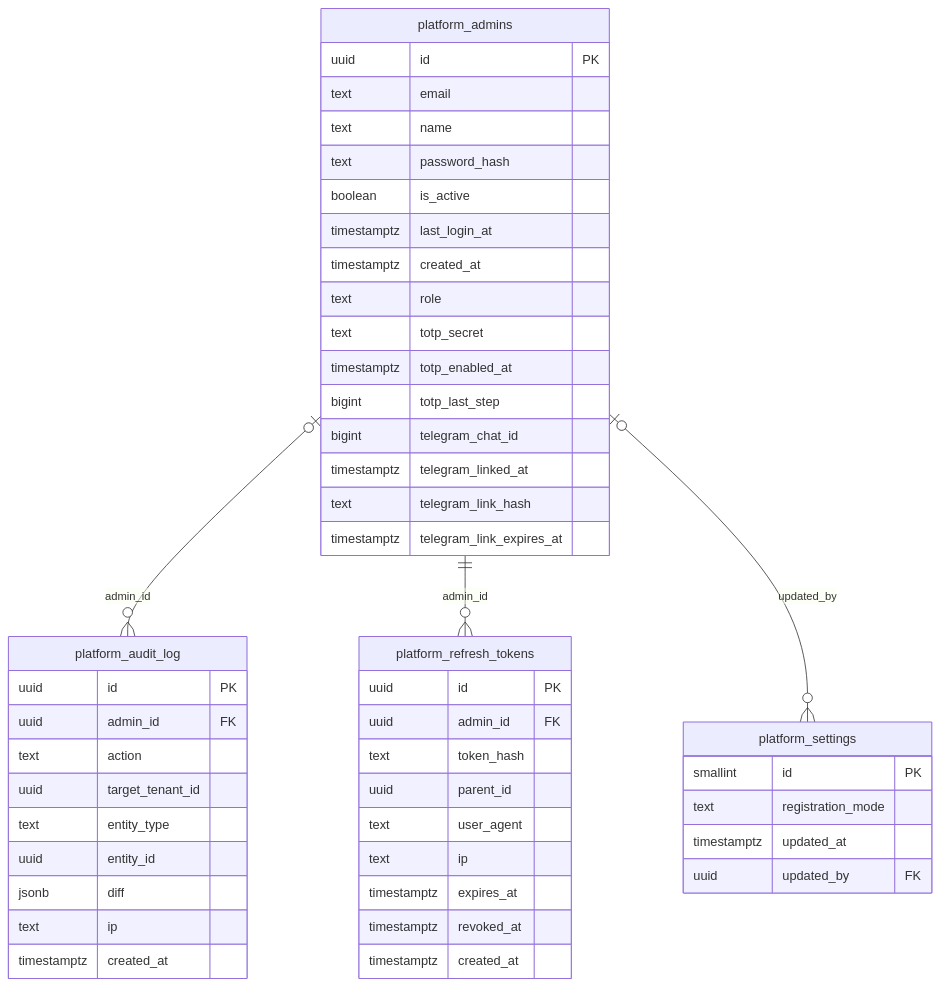
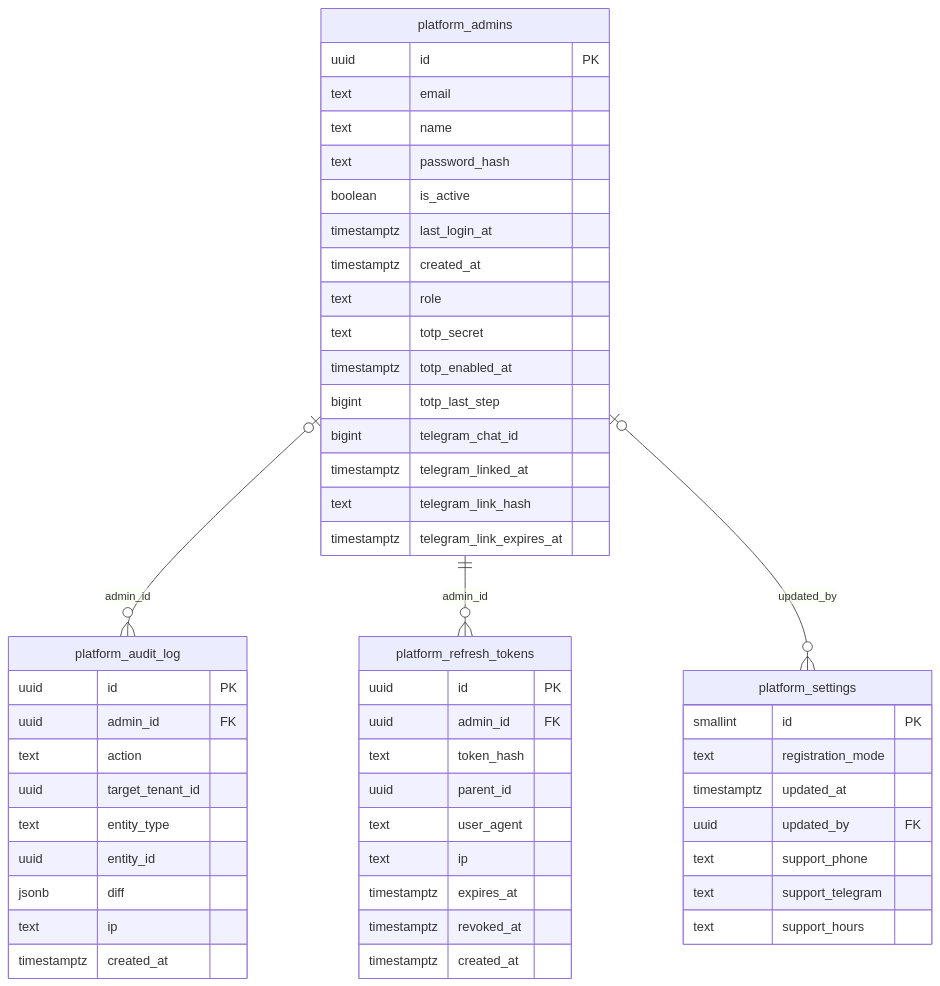
The ninth of 10 diagrams in docs/database/README.md (Ulugbek-Mominjonov/crm-api), drawn with Mermaid before and after one commit. The commit also changed other lines of this file and 37 other files, not shown here.

````diff
--- a/docs/database/README.md
+++ b/docs/database/README.md
@@ -1481,51 +1537,54 @@
 ```mermaid
 erDiagram
     platform_admins |o--o{ platform_audit_log : "admin_id"
     platform_admins ||--o{ platform_refresh_tokens : "admin_id"
     platform_admins |o--o{ platform_settings : "updated_by"
     platform_admins {
         uuid id PK
         text email
         text name
         text password_hash
         boolean is_active
         timestamptz last_login_at
         timestamptz created_at
         text role
         text totp_secret
         timestamptz totp_enabled_at
         bigint totp_last_step
         bigint telegram_chat_id
         timestamptz telegram_linked_at
         text telegram_link_hash
         timestamptz telegram_link_expires_at
     }
     platform_refresh_tokens {
         uuid id PK
         uuid admin_id FK
         text token_hash
         uuid parent_id
         text user_agent
         text ip
         timestamptz expires_at
         timestamptz revoked_at
         timestamptz created_at
     }
     platform_audit_log {
         uuid id PK
         uuid admin_id FK
         text action
         uuid target_tenant_id
         text entity_type
         uuid entity_id
         jsonb diff
         text ip
         timestamptz created_at
     }
     platform_settings {
         smallint id PK
         text registration_mode
         timestamptz updated_at
         uuid updated_by FK
+        text support_phone
+        text support_telegram
+        text support_hours
     }
 ```
````
